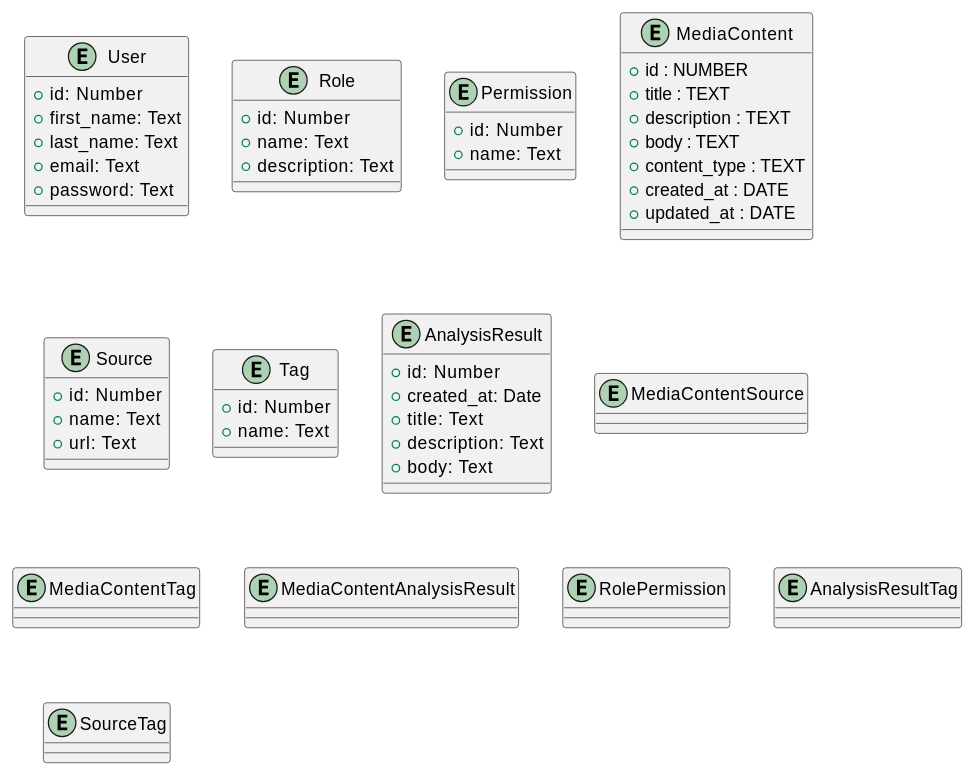
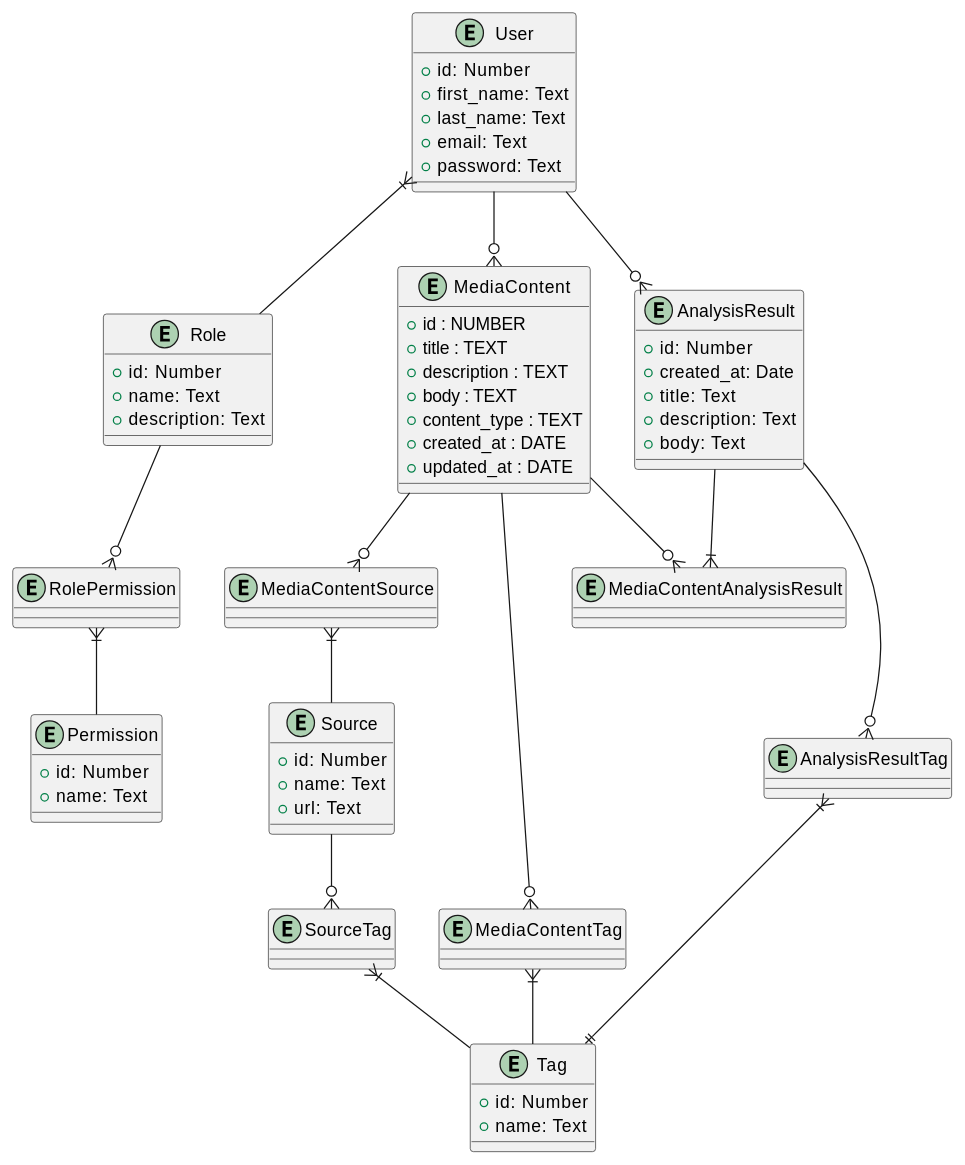
The second of 2 diagrams in docs/design/README.md (semenyaka08/media-content-api), drawn with PlantUML before and after one commit.

Commit message:
add er_model relations

```diff
--- a/docs/design/README.md
+++ b/docs/design/README.md
@@ -193,5 +193,20 @@
 entity SourceTag{
 }
 
+User }|-- Role
+User --o{ MediaContent
+User --o{ AnalysisResult
+Role --o{ RolePermission 
+RolePermission }|-- Permission 
+MediaContent --o{ MediaContentTag
+MediaContent --o{ MediaContentSource 
+MediaContent --o{ MediaContentAnalysisResult
+AnalysisResult --|{ MediaContentAnalysisResult
+AnalysisResult --o{ AnalysisResultTag
+MediaContentTag }|-- Tag
+MediaContentSource }|-- Source
+Source --o{ SourceTag
+SourceTag }|-- Tag
+AnalysisResultTag }|--|| Tag
 
 @enduml
```
